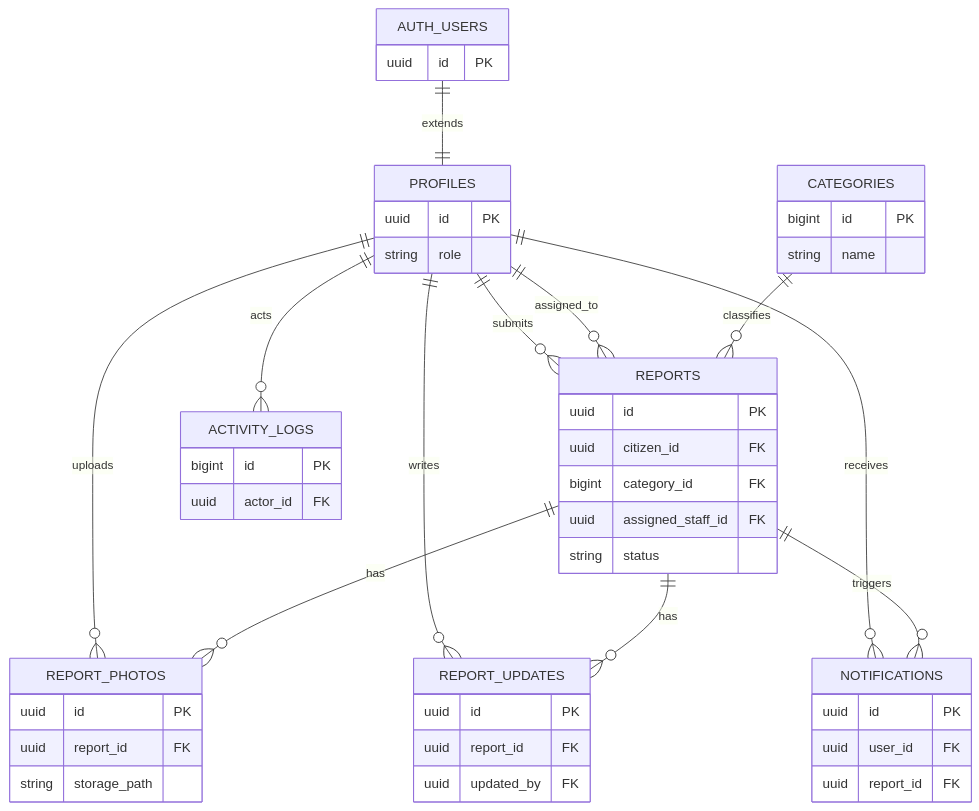
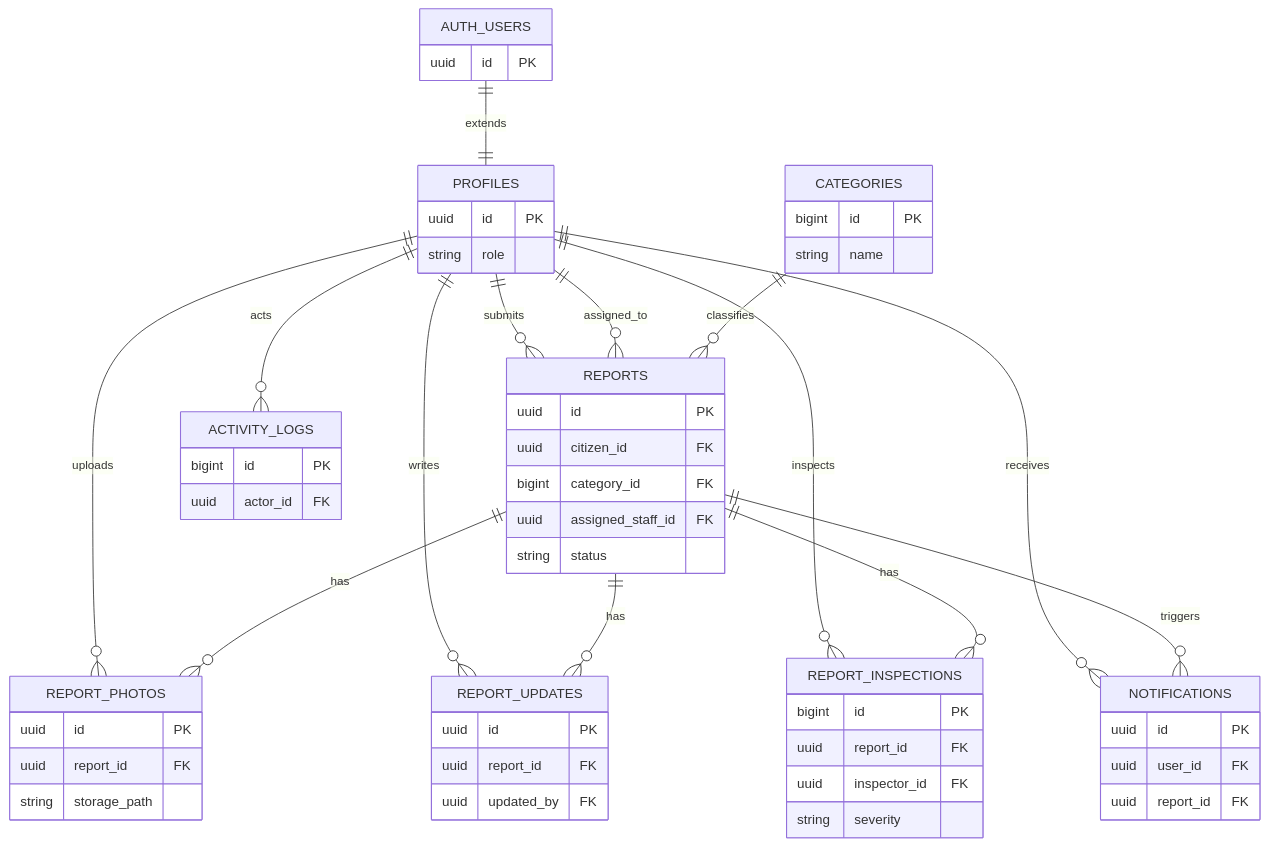
Before and after one commit to 10Plaiz/its122p-NO: the second of 2 diagrams in docs/Final_Project.md, drawn with Mermaid. The commit also changed other lines of this file and 5 other files, not shown here.

```diff
--- a/docs/Final_Project.md
+++ b/docs/Final_Project.md
@@ -151,52 +151,60 @@
 ~~~mermaid
 erDiagram
     AUTH_USERS ||--|| PROFILES : extends
     PROFILES ||--o{ REPORTS : submits
     PROFILES ||--o{ REPORTS : assigned_to
     PROFILES ||--o{ REPORT_PHOTOS : uploads
     PROFILES ||--o{ REPORT_UPDATES : writes
+    PROFILES ||--o{ REPORT_INSPECTIONS : inspects
     PROFILES ||--o{ NOTIFICATIONS : receives
     PROFILES ||--o{ ACTIVITY_LOGS : acts
     CATEGORIES ||--o{ REPORTS : classifies
     REPORTS ||--o{ REPORT_PHOTOS : has
     REPORTS ||--o{ REPORT_UPDATES : has
+    REPORTS ||--o{ REPORT_INSPECTIONS : has
     REPORTS ||--o{ NOTIFICATIONS : triggers
 
     AUTH_USERS {
         uuid id PK
     }
     PROFILES {
         uuid id PK
         string role
     }
     CATEGORIES {
         bigint id PK
         string name
     }
     REPORTS {
         uuid id PK
         uuid citizen_id FK
         bigint category_id FK
         uuid assigned_staff_id FK
         string status
     }
     REPORT_PHOTOS {
         uuid id PK
         uuid report_id FK
         string storage_path
     }
     REPORT_UPDATES {
         uuid id PK
         uuid report_id FK
         uuid updated_by FK
     }
+    REPORT_INSPECTIONS {
+        bigint id PK
+        uuid report_id FK
+        uuid inspector_id FK
+        string severity
+    }
     NOTIFICATIONS {
         uuid id PK
         uuid user_id FK
         uuid report_id FK
     }
     ACTIVITY_LOGS {
         bigint id PK
         uuid actor_id FK
     }
 ~~~
```
